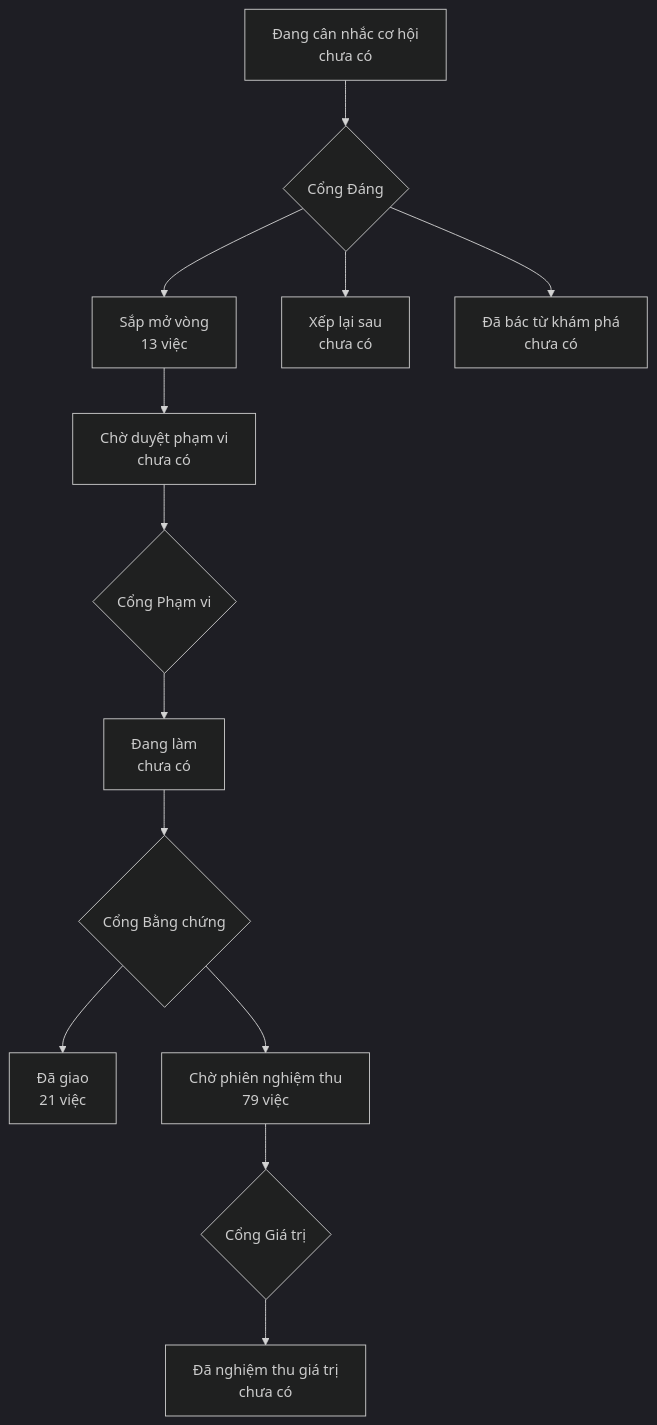
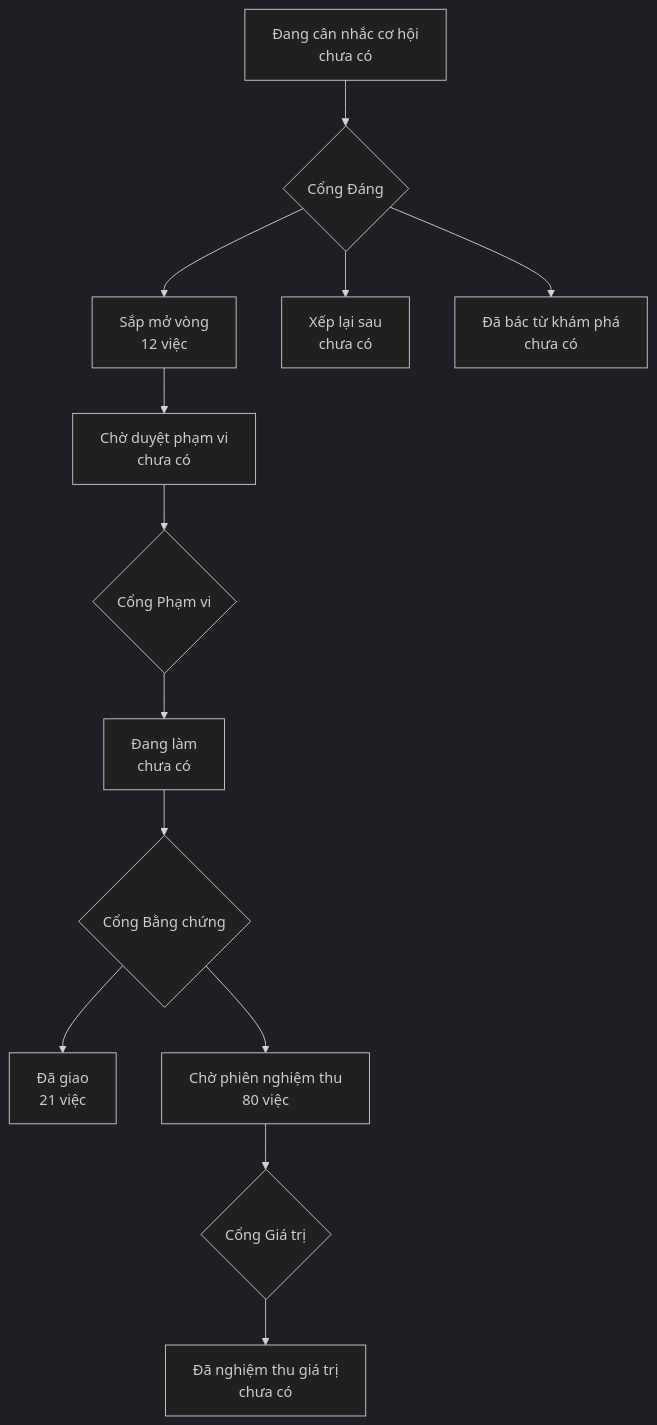
One commit to phanlemanh/onehub-quy-hang changed the diagram in PRODUCT-MAP.md. Above: the diagram before and after it, drawn with Mermaid (dark theme). The commit also changed 2 other files, not shown here.

Commit message:
chore(va-ho-so-lien-he): vẽ lại bản đồ và ghim lại bản đồ khuôn sau gộp main (#134)

````diff
--- a/PRODUCT-MAP.md
+++ b/PRODUCT-MAP.md
@@ -7,12 +7,12 @@
 ```mermaid
 flowchart TD
   A["Đang cân nhắc cơ hội<br/>chưa có"] --> GD{"Cổng Đáng"}
-  GD --> B["Sắp mở vòng<br/>13 việc"]
+  GD --> B["Sắp mở vòng<br/>12 việc"]
   GD --> XL["Xếp lại sau<br/>chưa có"]
   GD --> DB["Đã bác từ khám phá<br/>chưa có"]
   B --> CD["Chờ duyệt phạm vi<br/>chưa có"] --> GP{"Cổng Phạm vi"}
   GP --> DL["Đang làm<br/>chưa có"] --> GB{"Cổng Bằng chứng"}
   GB --> DG["Đã giao<br/>21 việc"]
-  GB --> CN["Chờ phiên nghiệm thu<br/>79 việc"] --> GG{"Cổng Giá trị"}
+  GB --> CN["Chờ phiên nghiệm thu<br/>80 việc"] --> GG{"Cổng Giá trị"}
   GG --> NT["Đã nghiệm thu giá trị<br/>chưa có"]
 ```
````
